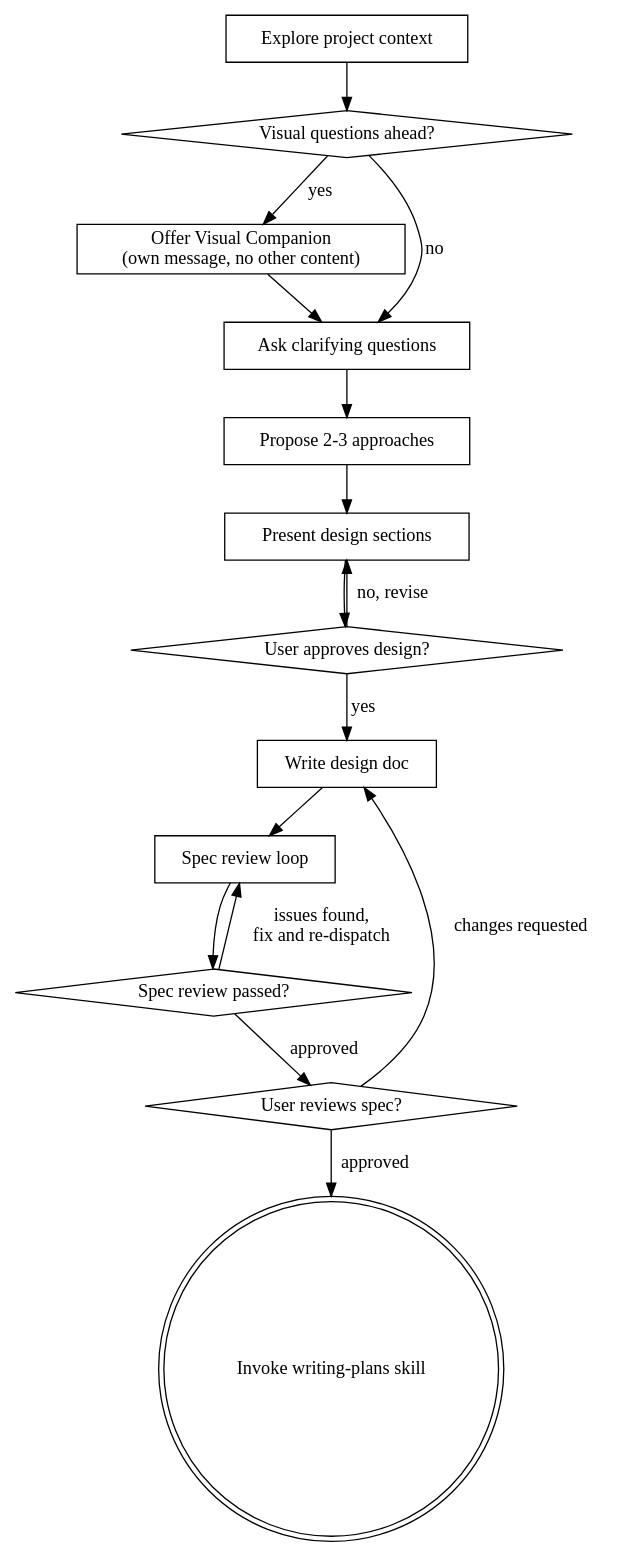
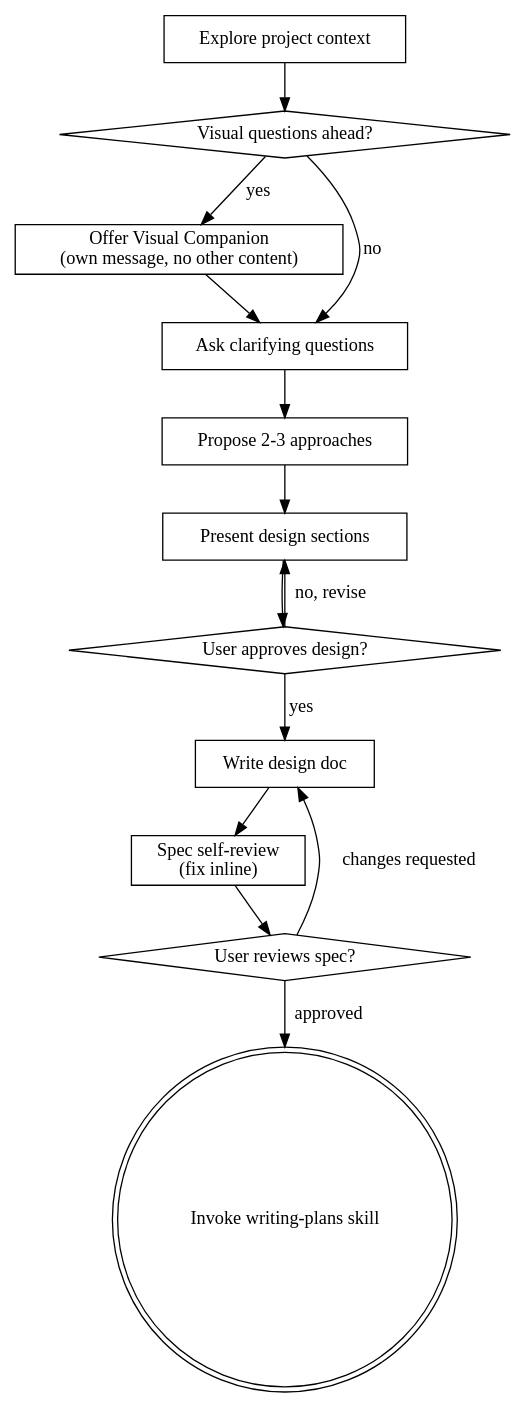
One commit to xxih/ai-harness-zh changed the diagram in references/translations/superpowers/skills/brainstorming/SKILL.md. Above: the diagram before and after it, drawn with Graphviz. The commit also changed other lines of this file and 87 other files, not shown here.

````diff
--- a/references/translations/superpowers/skills/brainstorming/SKILL.md
+++ b/references/translations/superpowers/skills/brainstorming/SKILL.md
@@ -36,36 +36,32 @@
 ```dot
 digraph brainstorming {
     "Explore project context" [shape=box];
     "Visual questions ahead?" [shape=diamond];
     "Offer Visual Companion
 (own message, no other content)" [shape=box];
     "Ask clarifying questions" [shape=box];
     "Propose 2-3 approaches" [shape=box];
     "Present design sections" [shape=box];
     "User approves design?" [shape=diamond];
     "Write design doc" [shape=box];
-    "Spec review loop" [shape=box];
-    "Spec review passed?" [shape=diamond];
+    "Spec self-review\n(fix inline)" [shape=box];
     "User reviews spec?" [shape=diamond];
     "Invoke writing-plans skill" [shape=doublecircle];
 
     "Explore project context" -> "Visual questions ahead?";
     "Visual questions ahead?" -> "Offer Visual Companion
 (own message, no other content)" [label="yes"];
     "Visual questions ahead?" -> "Ask clarifying questions" [label="no"];
     "Offer Visual Companion
 (own message, no other content)" -> "Ask clarifying questions";
     "Ask clarifying questions" -> "Propose 2-3 approaches";
     "Propose 2-3 approaches" -> "Present design sections";
     "Present design sections" -> "User approves design?";
     "User approves design?" -> "Present design sections" [label="no, revise"];
     "User approves design?" -> "Write design doc" [label="yes"];
-    "Write design doc" -> "Spec review loop";
-    "Spec review loop" -> "Spec review passed?";
-    "Spec review passed?" -> "Spec review loop" [label="issues found,
-fix and re-dispatch"];
-    "Spec review passed?" -> "User reviews spec?" [label="approved"];
+    "Write design doc" -> "Spec self-review\n(fix inline)";
+    "Spec self-review\n(fix inline)" -> "User reviews spec?";
     "User reviews spec?" -> "Write design doc" [label="changes requested"];
     "User reviews spec?" -> "Invoke writing-plans skill" [label="approved"];
 }
 ```
````
